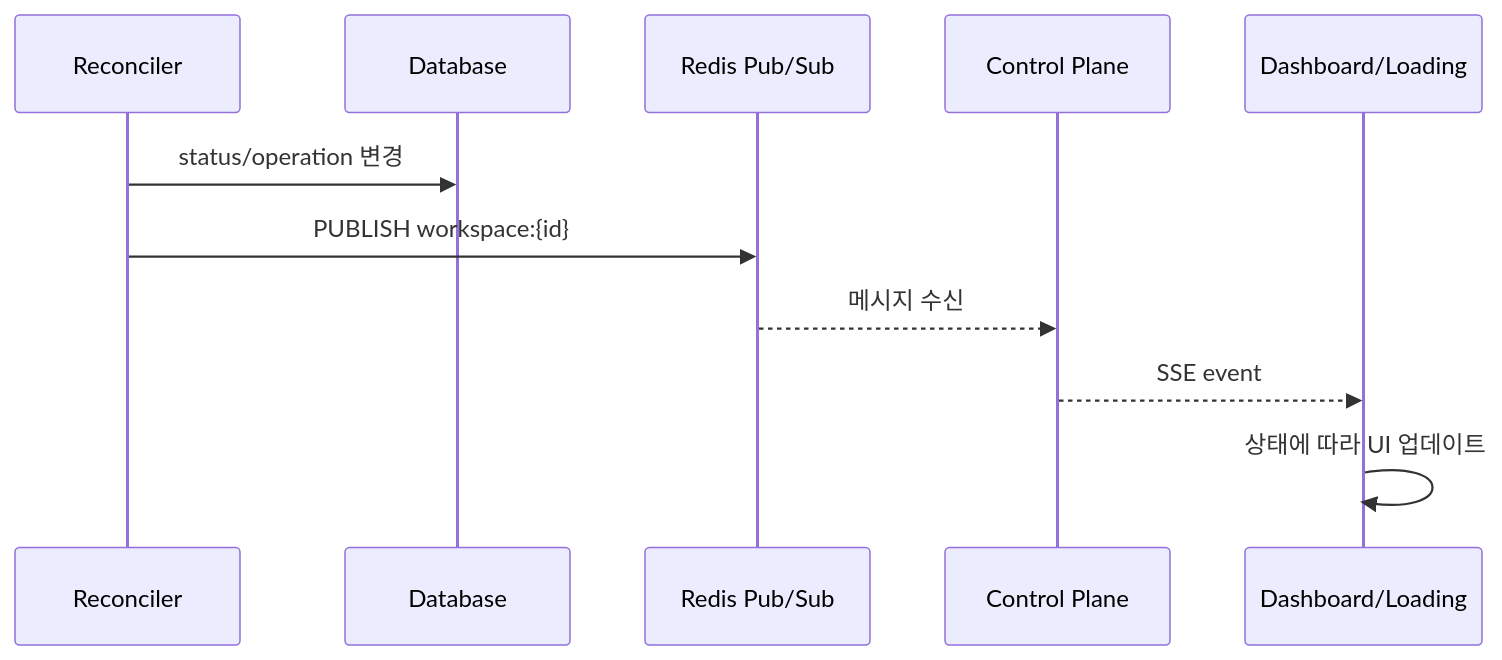
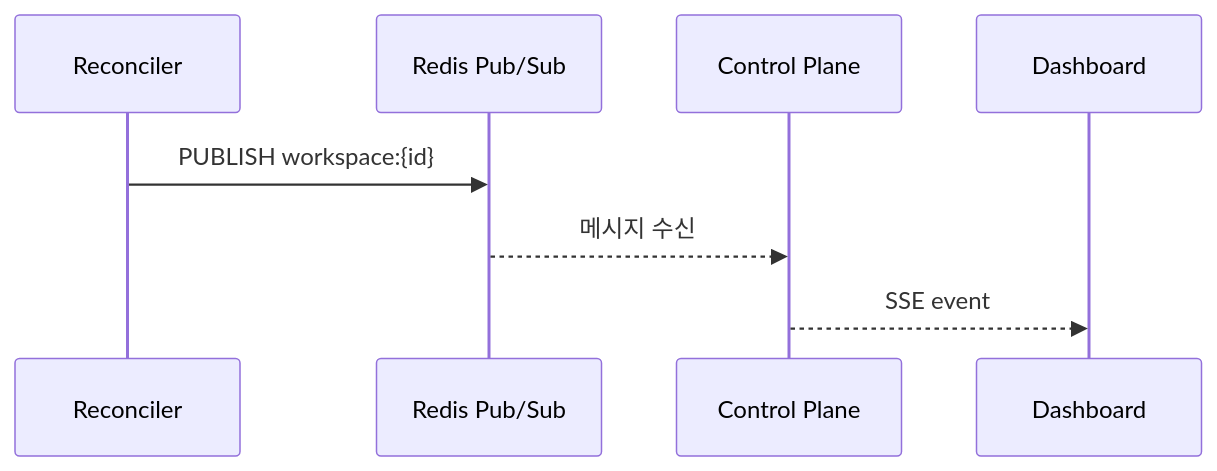
Before and after one commit to cagojeiger/code-hub: the diagram in docs/spec_v2/events.md, drawn with Mermaid. The commit also changed other lines of this file and 14 other files, not shown here.

````diff
--- a/docs/spec_v2/events.md
+++ b/docs/spec_v2/events.md
@@ -15,14 +15,11 @@
 ```mermaid
 sequenceDiagram
     participant R as Reconciler
-    participant DB as Database
     participant Redis as Redis Pub/Sub
     participant API as Control Plane
-    participant UI as Dashboard/Loading
+    participant UI as Dashboard
 
-    R->>DB: status/operation 변경
     R->>Redis: PUBLISH workspace:{id}
     Redis-->>API: 메시지 수신
     API-->>UI: SSE event
-    UI->>UI: 상태에 따라 UI 업데이트
 ```
````
